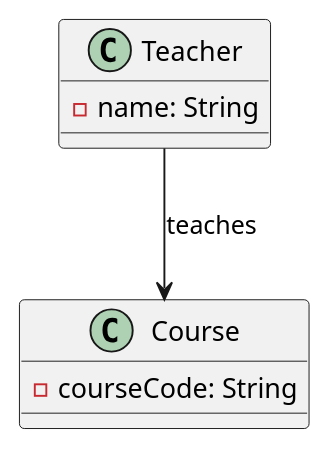
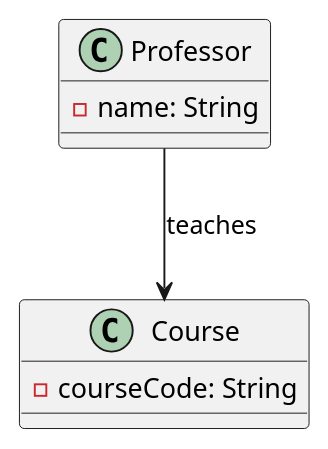
One commit to andikatjacobdennis/UML changed the first of 9 diagrams in relationships/UML_Relationships_Tutorial.md. Above: the diagram before and after it, drawn with PlantUML. The commit also changed other lines of this file, not shown here.

````diff
--- a/relationships/UML_Relationships_Tutorial.md
+++ b/relationships/UML_Relationships_Tutorial.md
@@ -28,11 +28,11 @@
 ```plantuml
 @startuml
-class Teacher {
+class Professor {
   -name: String
 }
 class Course {
   -courseCode: String
 }
-Teacher --> Course : teaches
+Professor --> Course : teaches
 @enduml
 ```
````
